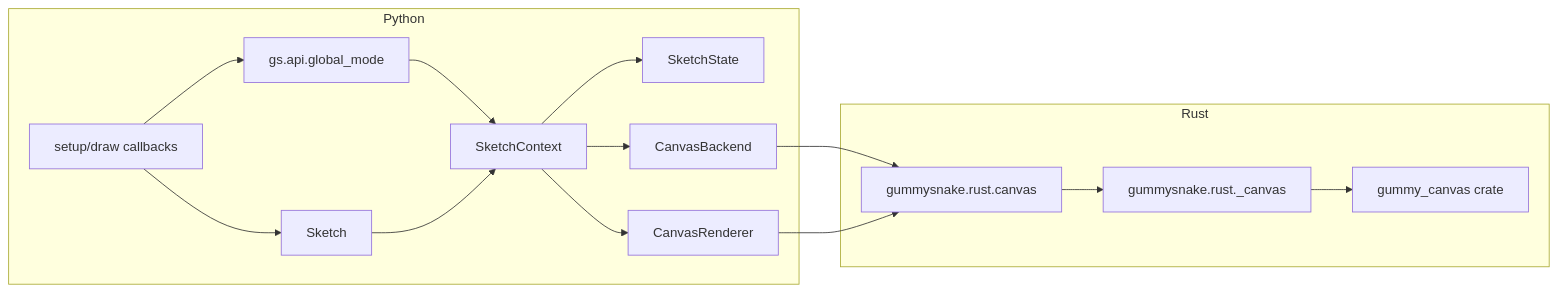
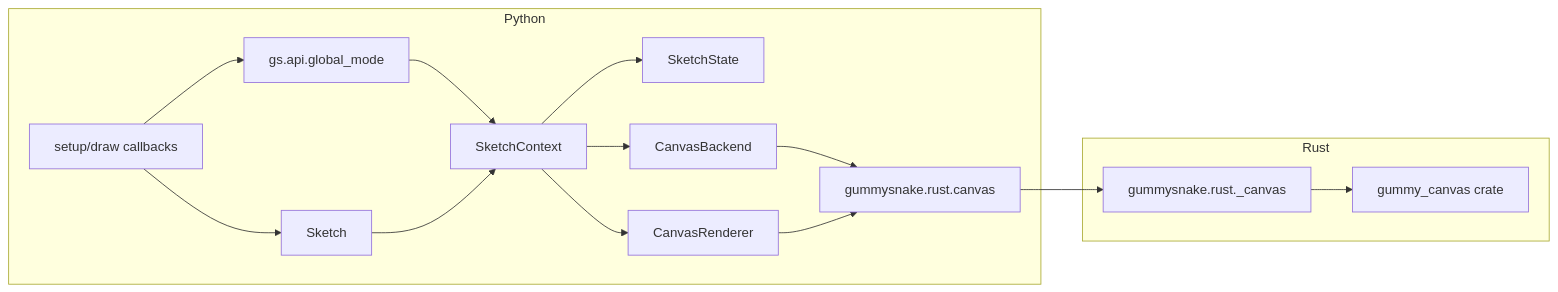
One commit to JonathanHHenson/gummy_snake changed the first of 4 diagrams in docs/contribute/architecture.md. Above: the diagram before and after it, drawn with Mermaid. The commit also changed other lines of this file and 12 other files, not shown here.

````diff
--- a/docs/contribute/architecture.md
+++ b/docs/contribute/architecture.md
@@ -5,26 +5,26 @@
 ```mermaid
 flowchart LR
     subgraph Python
         User[setup/draw callbacks]
         Global[gs.api.global_mode]
         Sketch[Sketch]
         Context[SketchContext]
         State[SketchState]
         Backend[CanvasBackend]
         Renderer[CanvasRenderer]
+        Wrapper[gummysnake.rust.canvas]
     end
 
     subgraph Rust
-        Wrapper[gummysnake.rust.canvas]
         Runtime[gummysnake.rust._canvas]
         Canvas[gummy_canvas crate]
     end
 
     User --> Global --> Context
     User --> Sketch --> Context
     Context --> State
     Context --> Backend
     Context --> Renderer
     Backend --> Wrapper --> Runtime --> Canvas
     Renderer --> Wrapper
 ```
````
